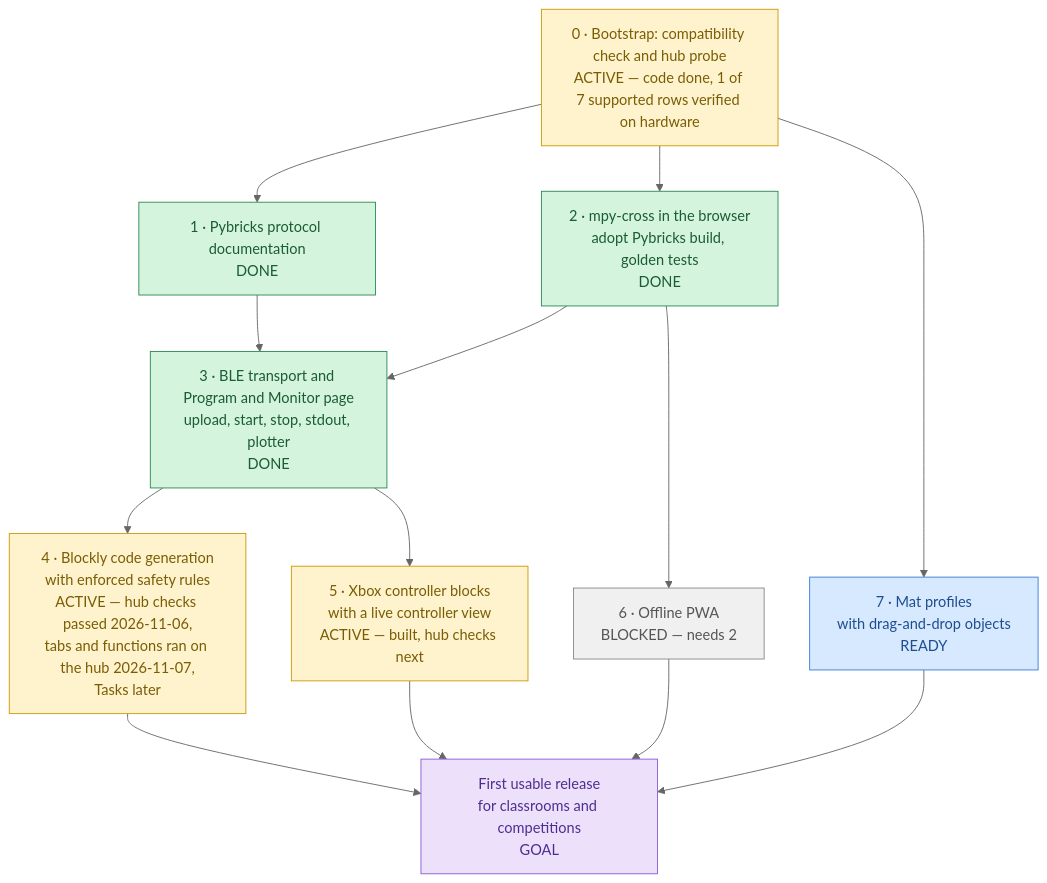
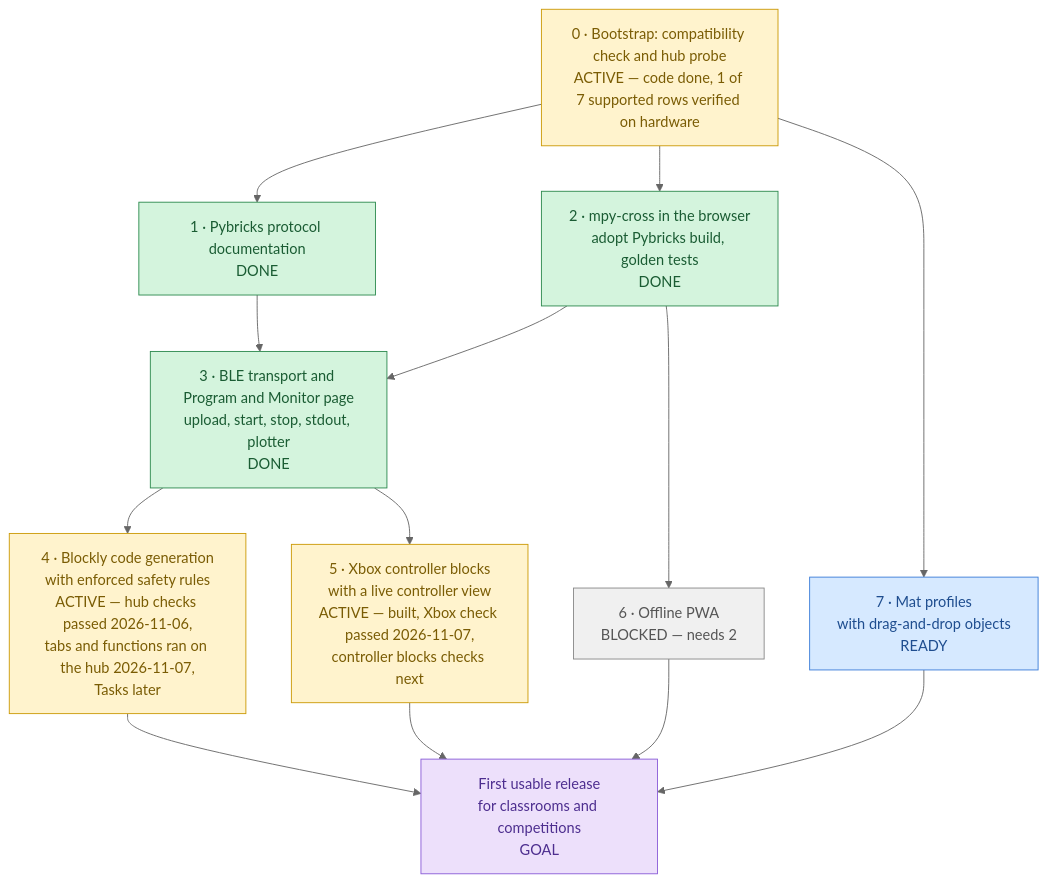
Before and after one commit to lumduan/matpilot: the diagram in docs/roadmap.md, drawn with Mermaid (neutral theme). The commit also changed other lines of this file and 2 other files, not shown here.

First line of the commit message:
docs: record the Xbox check on the hub (link holds, top of the lights, stick sign)

````diff
--- a/docs/roadmap.md
+++ b/docs/roadmap.md
@@ -10,37 +10,37 @@
 ```mermaid
 flowchart TD
     M0["0 · Bootstrap: compatibility check and hub probe<br/>ACTIVE — code done, 1 of 7 supported rows verified on hardware"]
     M1["1 · Pybricks protocol documentation<br/>DONE"]
     M2["2 · mpy-cross in the browser<br/>adopt Pybricks build, golden tests<br/>DONE"]
     M3["3 · BLE transport and Program and Monitor page<br/>upload, start, stop, stdout, plotter<br/>DONE"]
     M4["4 · Blockly code generation<br/>with enforced safety rules<br/>ACTIVE — hub checks passed 2026-11-06,<br/>tabs and functions ran on the hub 2026-11-07,<br/>Tasks later"]
-    M5["5 · Xbox controller blocks<br/>with a live controller view<br/>ACTIVE — built, hub checks next"]
+    M5["5 · Xbox controller blocks<br/>with a live controller view<br/>ACTIVE — built, Xbox check passed 2026-11-07,<br/>controller blocks checks next"]
     M6["6 · Offline PWA<br/>BLOCKED — needs 2"]
     M7["7 · Mat profiles<br/>with drag-and-drop objects<br/>READY"]
     GOAL["First usable release<br/>for classrooms and competitions<br/>GOAL"]
 
     M0 --> M1
     M0 --> M2
     M0 --> M7
     M1 --> M3
     M2 --> M3
     M3 --> M4
     M3 --> M5
     M2 --> M6
     M4 --> GOAL
     M5 --> GOAL
     M6 --> GOAL
     M7 --> GOAL
 
     classDef done     fill:#d4f4dd,stroke:#2d8a4e,color:#1a5c33
     classDef active   fill:#fff3cd,stroke:#cc9a06,color:#7a5c04
     classDef ready    fill:#d6e9ff,stroke:#3b7dd8,color:#1e4d8f
     classDef blocked  fill:#f0f0f0,stroke:#888,color:#555
     classDef goal     fill:#ede0fb,stroke:#8a5cd8,color:#4d2e8f
 
     class M0,M4,M5 active
     class M1,M2,M3 done
     class M7 ready
     class M6 blocked
     class GOAL goal
 ```
````
